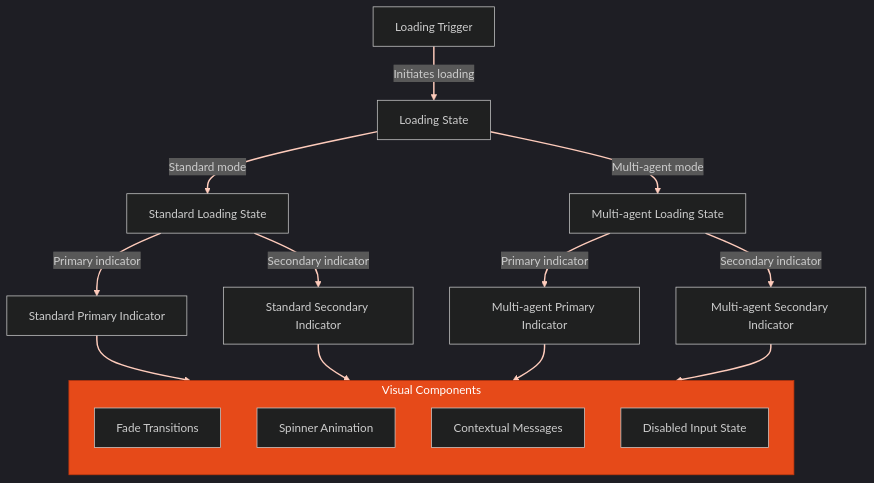
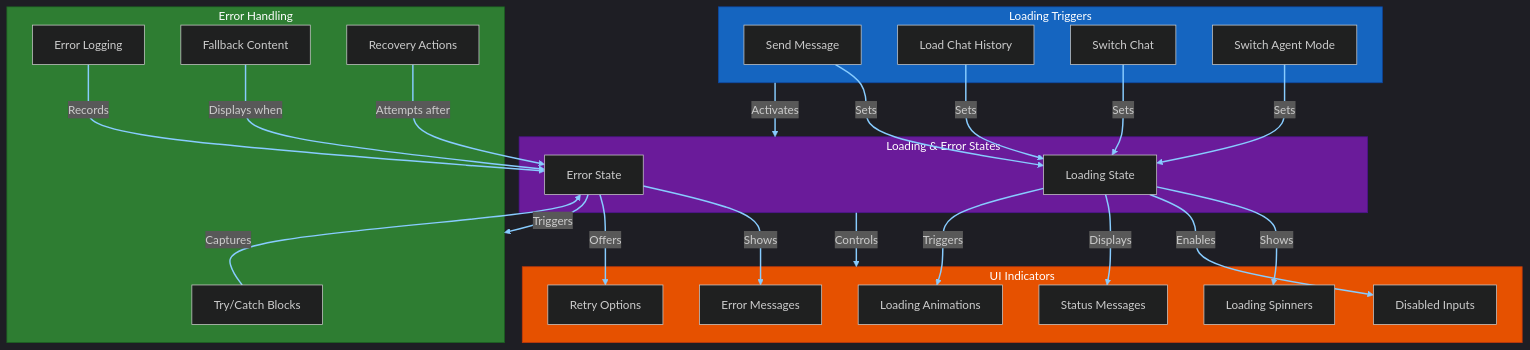
One commit to ChrisMcKee1/ChatUI changed the eighth of 10 diagrams in memory-bank/architectureDiagrams.md. Above: the diagram before and after it, drawn with Mermaid. The commit also changed other lines of this file, not shown here.

Commit message:
Updated Deployment Architecture diagram to reflect current approach

````diff
--- a/memory-bank/architectureDiagrams.md
+++ b/memory-bank/architectureDiagrams.md
@@ -355,31 +470,60 @@
 ```mermaid
 %%{init: {'theme':'dark'}}%%
 flowchart TD
-    LT[Loading Trigger] -->|Initiates loading| LS[Loading State]
-    
-    LS -->|Standard mode| SLS[Standard Loading State]
-    LS -->|Multi-agent mode| MLS[Multi-agent Loading State]
-    
-    SLS -->|Primary indicator| SPI[Standard Primary Indicator]
-    SLS -->|Secondary indicator| SSI[Standard Secondary Indicator]
-    
-    MLS -->|Primary indicator| MPI[Multi-agent Primary Indicator]
-    MLS -->|Secondary indicator| MSI[Multi-agent Secondary Indicator]
-    
-    subgraph Visual_Components[Visual Components]
-        direction TB
-        Fade[Fade Transitions]
-        Spinner[Spinner Animation]
-        ContextMsg[Contextual Messages]
-        DisabledInput[Disabled Input State]
+    subgraph Triggers["Loading Triggers"]
+        SendMsg[Send Message]
+        FetchHistory[Load Chat History]
+        SwitchChat[Switch Chat]
+        SwitchMode[Switch Agent Mode]
     end
     
-    SPI --> Visual_Components
-    SSI --> Visual_Components
-    MPI --> Visual_Components
-    MSI --> Visual_Components
+    subgraph States["Loading & Error States"]
+        Loading[Loading State]
+        Error[Error State]
+    end
     
-    style Visual_Components fill:#e64a19,stroke:#bf360c,color:#ffffff
+    subgraph UI_Indicators["UI Indicators"]
+        Spinners[Loading Spinners]
+        Disabled[Disabled Inputs]
+        Messages[Status Messages]
+        Animations[Loading Animations]
+        ErrorDisplay[Error Messages]
+        RetryOptions[Retry Options]
+    end
     
-    linkStyle default stroke:#ffccbc,stroke-width:2px
+    subgraph Handling["Error Handling"]
+        Catch[Try/Catch Blocks]
+        Log[Error Logging]
+        Fallback[Fallback Content]
+        Recovery[Recovery Actions]
+    end
+    
+    Triggers -->|Activates| States
+    States -->|Controls| UI_Indicators
+    Error -->|Triggers| Handling
+    
+    SendMsg -->|Sets| Loading
+    FetchHistory -->|Sets| Loading
+    SwitchChat -->|Sets| Loading
+    SwitchMode -->|Sets| Loading
+    
+    Loading -->|Shows| Spinners
+    Loading -->|Enables| Disabled
+    Loading -->|Displays| Messages
+    Loading -->|Triggers| Animations
+    
+    Error -->|Shows| ErrorDisplay
+    Error -->|Offers| RetryOptions
+    
+    Catch -->|Captures| Error
+    Log -->|Records| Error
+    Fallback -->|Displays when| Error
+    Recovery -->|Attempts after| Error
+    
+    style Triggers fill:#1565c0,stroke:#0d47a1,color:#ffffff
+    style States fill:#6a1b9a,stroke:#4a148c,color:#ffffff
+    style UI_Indicators fill:#e65100,stroke:#bf360c,color:#ffffff
+    style Handling fill:#2e7d32,stroke:#1b5e20,color:#ffffff
+    
+    linkStyle default stroke:#88ccff,stroke-width:2px
 ```
````
